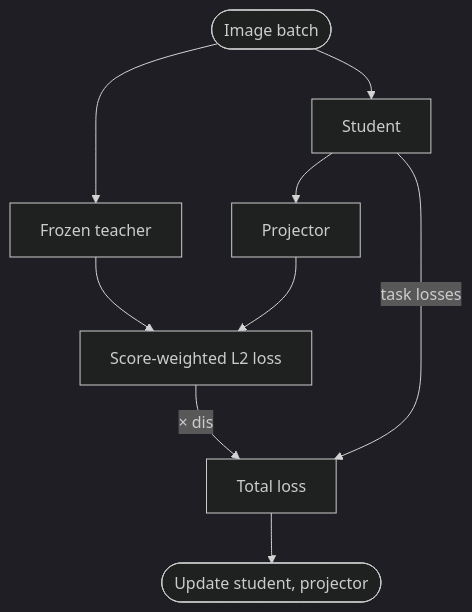
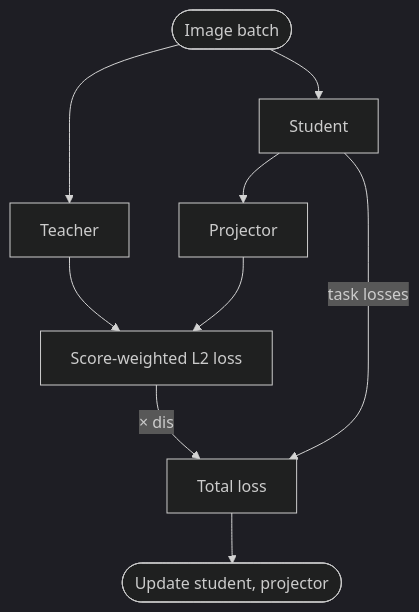
Before and after one commit to ultralytics/ultralytics: the diagram in docs/en/guides/knowledge-distillation.md, drawn with Mermaid (dark theme). The commit also changed 6 other files, not shown here.

First line of the commit message:
Fit Mermaid diagrams to phone width in the site renderer

````diff
--- a/docs/en/guides/knowledge-distillation.md
+++ b/docs/en/guides/knowledge-distillation.md
@@ -96,11 +96,11 @@
 ```mermaid
 flowchart TD
-    A([Image batch]) --> T[Frozen teacher]
+    A([Image batch]) --> T[Teacher]
     A --> S[Student]
     S --> P[Projector]
     T --> L[Score-weighted L2 loss]
     P --> L
     S -->|task losses| W[Total loss]
     L -->|× dis| W
     W --> B([Update student, projector])
 ```
````
